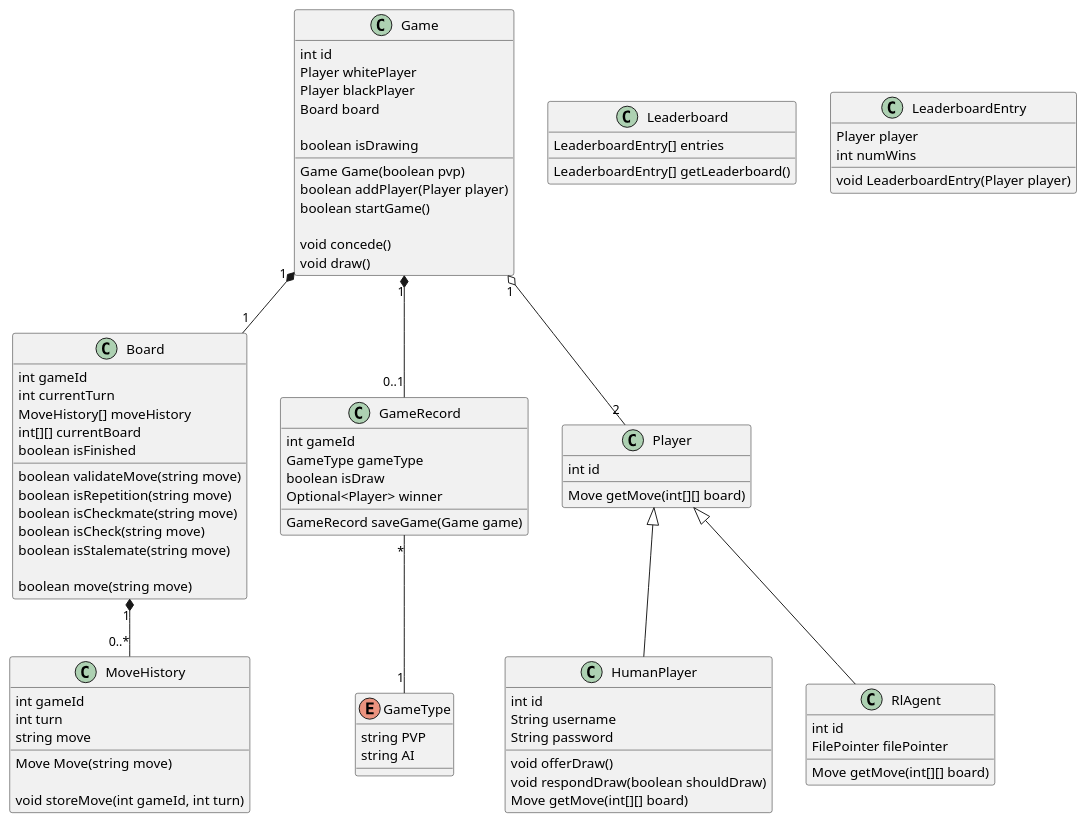
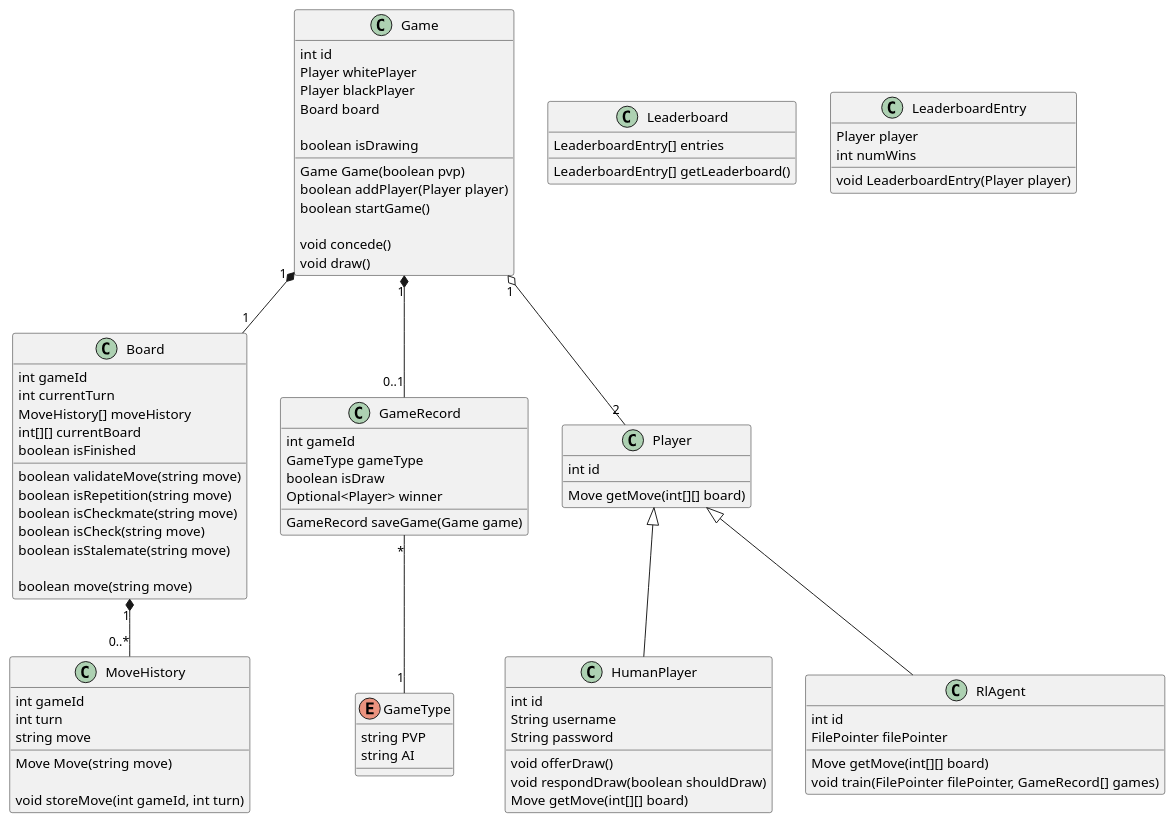
The diagram in docs/preliminary_design_diagrams/classdiagram.puml (ECE493-W22-G04/rl-chess), drawn with PlantUML before and after one commit. The commit also changed 1 other file, not shown here.

Commit message:
Add training UML diagrams

```diff
--- a/docs/preliminary_design_diagrams/classdiagram.puml
+++ b/docs/preliminary_design_diagrams/classdiagram.puml
@@ -1,108 +1,109 @@
 @startuml
 
 class Board {
   int gameId
   int currentTurn
   MoveHistory[] moveHistory
   int[][] currentBoard
   boolean isFinished
 
   boolean validateMove(string move)
   boolean isRepetition(string move)
   boolean isCheckmate(string move)
   boolean isCheck(string move)
   boolean isStalemate(string move)
 
   boolean move(string move)
 }
 
 class MoveHistory {
   int gameId
   int turn
   string move
 
   Move Move(string move)
 
   void storeMove(int gameId, int turn)
 }
 
 Board "1" *-- "0..*" MoveHistory
 
 class Game {
   int id
   Player whitePlayer
   Player blackPlayer
   Board board
   
   boolean isDrawing
 
   Game Game(boolean pvp)
   boolean addPlayer(Player player)
   boolean startGame()
 
   void concede()
   void draw()
 }
 
 Game "1" *-- "1" Board
 
 class GameRecord {
   int gameId
   GameType gameType
   boolean isDraw
   Optional<Player> winner
   
   GameRecord saveGame(Game game)
 }
 
 enum GameType {
   string PVP
   string AI
 }
 
 GameRecord "*" -- "1" GameType
 
 class Player {
   int id
 
   Move getMove(int[][] board)
 }
 
 class HumanPlayer {
   int id
   String username
   String password
 
   void offerDraw()
   void respondDraw(boolean shouldDraw)
   Move getMove(int[][] board)
 }
 
 class RlAgent {
   int id
   FilePointer filePointer
 
   Move getMove(int[][] board)
+  void train(FilePointer filePointer, GameRecord[] games)
 }
 
 Game "1" o-- "2" Player
 
 Player <|-- RlAgent
 Player <|-- HumanPlayer
 
 Game "1" *-- "0..1" GameRecord
 
 class Leaderboard {
   LeaderboardEntry[] entries
 
   LeaderboardEntry[] getLeaderboard()
 }
 
 class LeaderboardEntry {
   Player player
   int numWins
 
   void LeaderboardEntry(Player player)
 }
 
 @enduml
```
